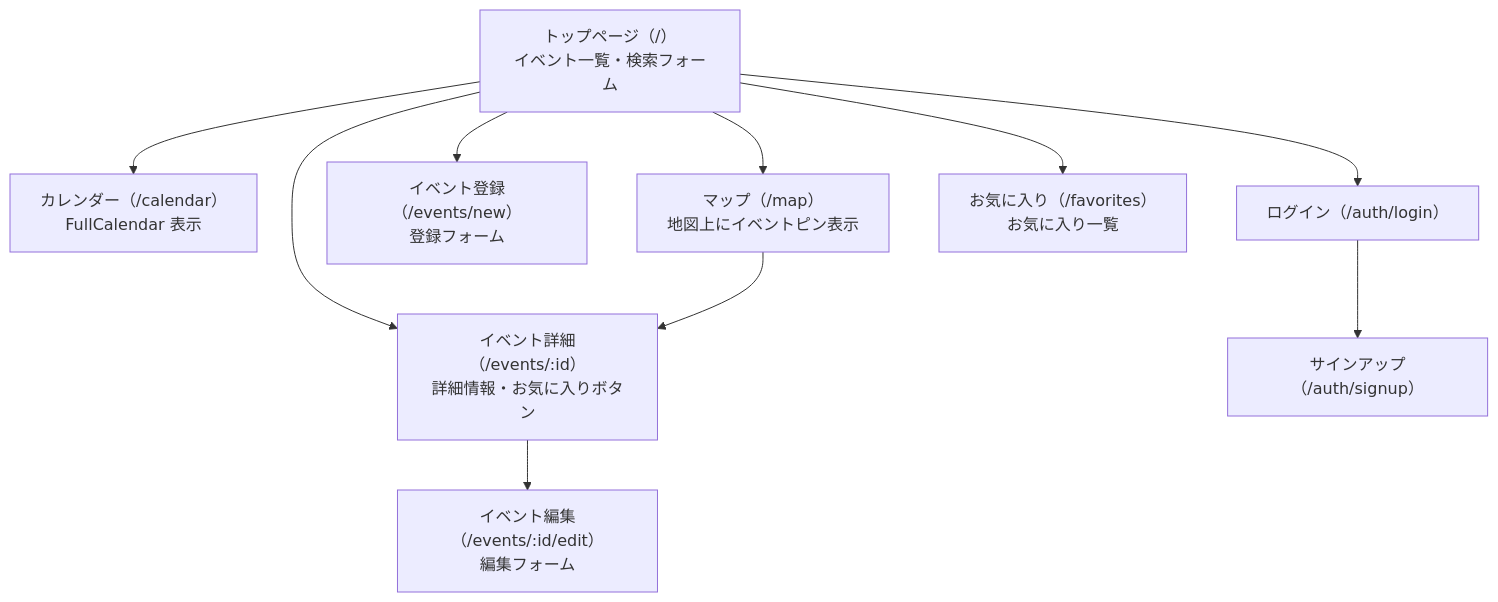
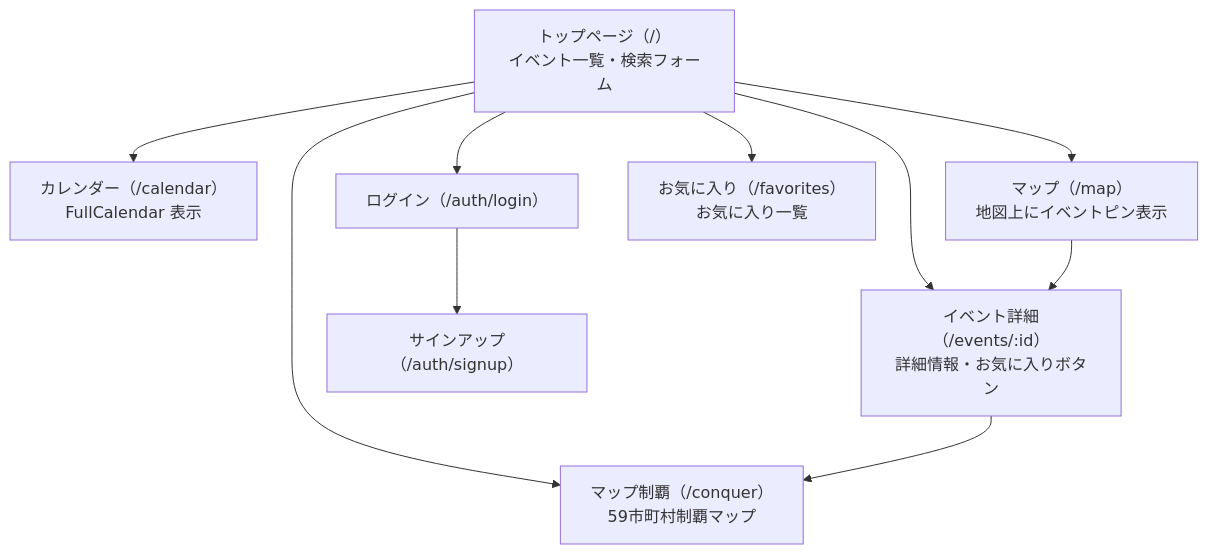
One commit to yusu31/ScheduleManagement changed the first of 2 diagrams in docs/requirements.md. Above: the diagram before and after it, drawn with Mermaid. The commit also changed other lines of this file, not shown here.

````diff
--- a/docs/requirements.md
+++ b/docs/requirements.md
@@ -180,22 +180,21 @@
 ```mermaid
 graph TD
   TOP["トップページ（/）\nイベント一覧・検索フォーム"]
   CALENDAR["カレンダー（/calendar）\nFullCalendar 表示"]
   MAP["マップ（/map）\n地図上にイベントピン表示"]
+  CONQUER["マップ制覇（/conquer）\n59市町村制覇マップ"]
   DETAIL["イベント詳細（/events/:id）\n詳細情報・お気に入りボタン"]
-  NEW["イベント登録（/events/new）\n登録フォーム"]
-  EDIT["イベント編集（/events/:id/edit）\n編集フォーム"]
   SIGNUP["サインアップ（/auth/signup）"]
   LOGIN["ログイン（/auth/login）"]
   FAVORITES["お気に入り（/favorites）\nお気に入り一覧"]
 
   TOP --> DETAIL
   TOP --> CALENDAR
   TOP --> MAP
-  TOP --> NEW
   TOP --> LOGIN
   TOP --> FAVORITES
+  TOP --> CONQUER
   MAP --> DETAIL
-  DETAIL --> EDIT
+  DETAIL --> CONQUER
   LOGIN --> SIGNUP
 ```
````
